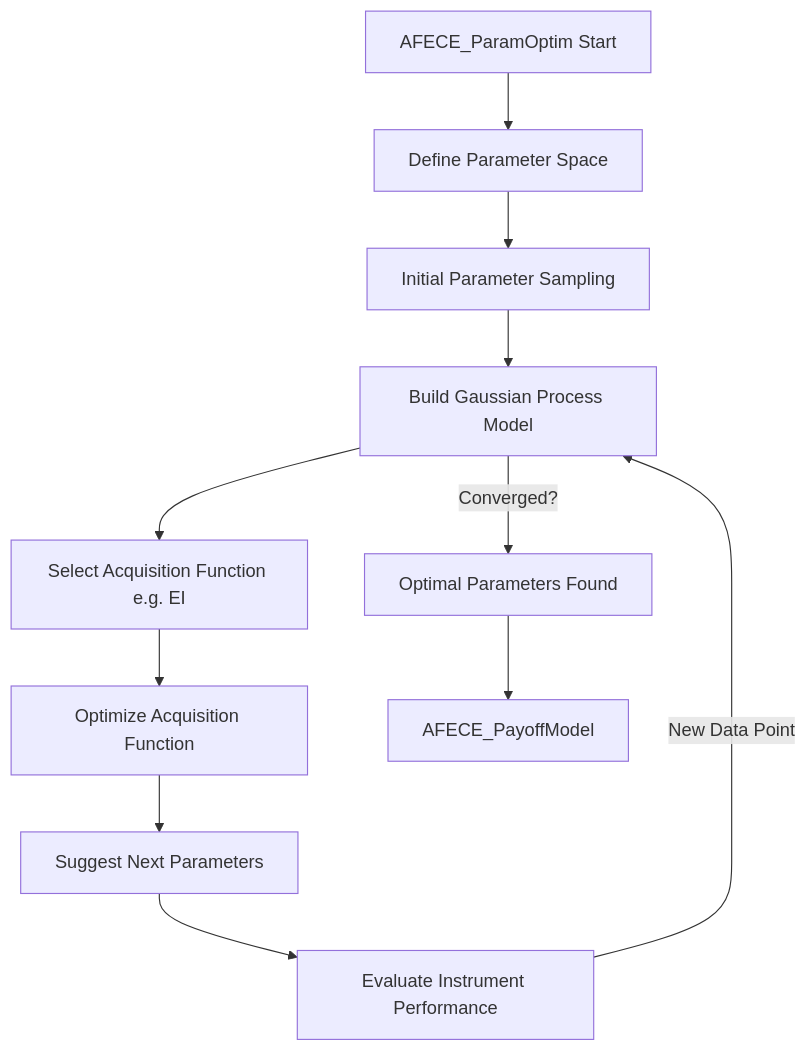
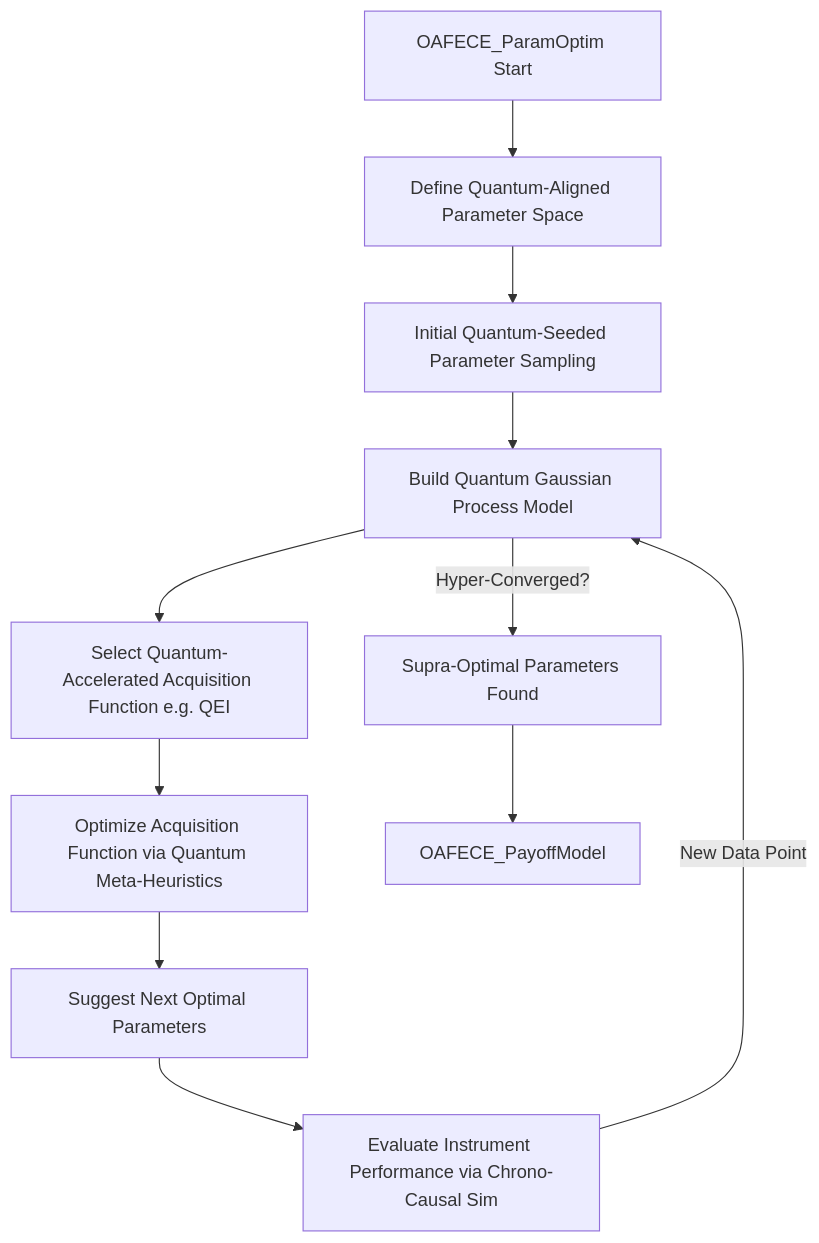
One commit to diplomat-bit/Citibank_Demo_Business_Inc_Demonstration- changed the fourth of 11 diagrams in inventions/inventions/AFECE_detailed_generative_flow.md. Above: the diagram before and after it, drawn with Mermaid. The commit also changed other lines of this file, not shown here.

````diff
--- a/inventions/inventions/AFECE_detailed_generative_flow.md
+++ b/inventions/inventions/AFECE_detailed_generative_flow.md
@@ -257,13 +392,13 @@
 ```mermaid
 graph TD
-    PO_Start[AFECE_ParamOptim Start] --> PO_ParamSpace[Define Parameter Space]
-    PO_ParamSpace --> PO_InitSample[Initial Parameter Sampling]
-    PO_InitSample --> PO_GP_Model[Build Gaussian Process Model]
-    PO_GP_Model --> PO_AcqFunc[Select Acquisition Function e.g. EI]
-    PO_AcqFunc --> PO_OptimizeAcq[Optimize Acquisition Function]
-    PO_OptimizeAcq --> PO_NextParam[Suggest Next Parameters]
-    PO_NextParam --> PO_EvalInst[Evaluate Instrument Performance]
-    PO_EvalInst -- New Data Point --> PO_GP_Model
-    PO_GP_Model -- Converged? --> PO_End[Optimal Parameters Found]
-    PO_End --> AFECE_PayoffModel
+    PO_Start[OAFECE_ParamOptim Start] --> PO_ParamSpace_Quantum[Define Quantum-Aligned Parameter Space]
+    PO_ParamSpace_Quantum --> PO_InitSample_Quantum[Initial Quantum-Seeded Parameter Sampling]
+    PO_InitSample_Quantum --> PO_QGP_Model[Build Quantum Gaussian Process Model]
+    PO_QGP_Model --> PO_AcqFunc_QEI[Select Quantum-Accelerated Acquisition Function e.g. QEI]
+    PO_AcqFunc_QEI --> PO_OptimizeAcq_Quantum[Optimize Acquisition Function via Quantum Meta-Heuristics]
+    PO_OptimizeAcq_Quantum --> PO_NextParam_Optimal[Suggest Next Optimal Parameters]
+    PO_NextParam_Optimal --> PO_EvalInst_ChronoCausal[Evaluate Instrument Performance via Chrono-Causal Sim]
+    PO_EvalInst_ChronoCausal -- New Data Point --> PO_QGP_Model
+    PO_QGP_Model -- Hyper-Converged? --> PO_End[Supra-Optimal Parameters Found]
+    PO_End --> OAFECE_PayoffModel
 ```
````
